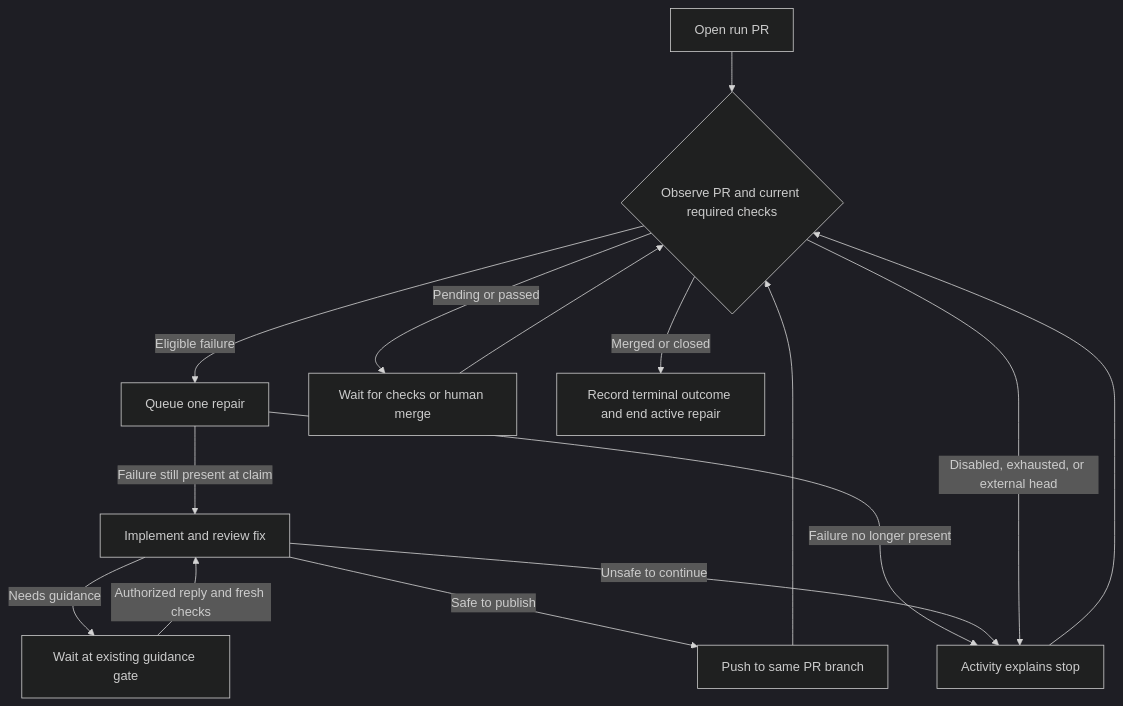
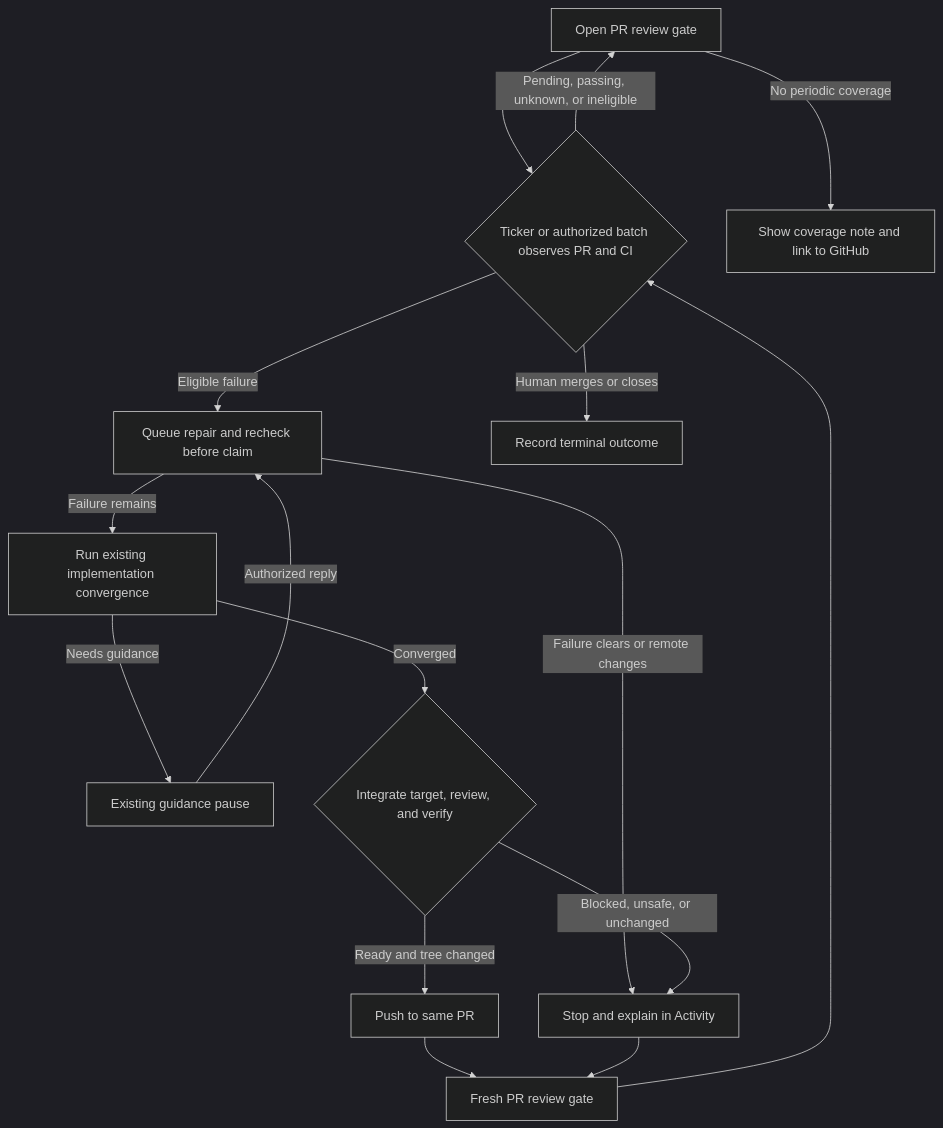
One commit to markdstafford/autocatalyst changed the second of 5 diagrams in context-human/specs/feature-pr-integration-and-ci-repair.md. Above: the diagram before and after it, drawn with Mermaid (dark theme). The commit also changed other lines of this file, not shown here.

Commit message:
docs: revise feature spec pr-integration-and-ci-repair

````diff
--- a/context-human/specs/feature-pr-integration-and-ci-repair.md
+++ b/context-human/specs/feature-pr-integration-and-ci-repair.md
@@ -93,17 +91,18 @@
 ```mermaid
 flowchart TD
-  A[Open run PR] --> B{Observe PR and current required checks}
-  B -->|Eligible failure| C[Queue one repair]
-  C -->|Failure still present at claim| D[Implement and review fix]
-  C -->|Failure no longer present| E[Activity explains stop]
-  D -->|Needs guidance| F[Wait at existing guidance gate]
-  F -->|Authorized reply and fresh checks| D
-  D -->|Safe to publish| G[Push to same PR branch]
-  D -->|Unsafe to continue| E
+  A[Open PR review gate] --> B{Ticker or authorized batch observes PR and CI}
+  A -->|No periodic coverage| U[Show coverage note and link to GitHub]
+  B -->|Eligible failure| C[Queue repair and recheck before claim]
+  B -->|Pending, passing, unknown, or ineligible| A
+  B -->|Human merges or closes| T[Record terminal outcome]
+  C -->|Failure remains| D[Run existing implementation convergence]
+  C -->|Failure clears or remote changes| S[Stop and explain in Activity]
+  D -->|Needs guidance| H[Existing guidance pause]
+  H -->|Authorized reply| C
+  D -->|Converged| F{Integrate target, review, and verify}
+  F -->|Ready and tree changed| P[Push to same PR]
+  F -->|Blocked, unsafe, or unchanged| S
+  P --> G[Fresh PR review gate]
+  S --> G
   G --> B
-  B -->|Disabled, exhausted, or external head| E
-  B -->|Pending or passed| H[Wait for checks or human merge]
-  E --> B
-  H --> B
-  B -->|Merged or closed| I[Record terminal outcome and end active repair]
 ```
````
